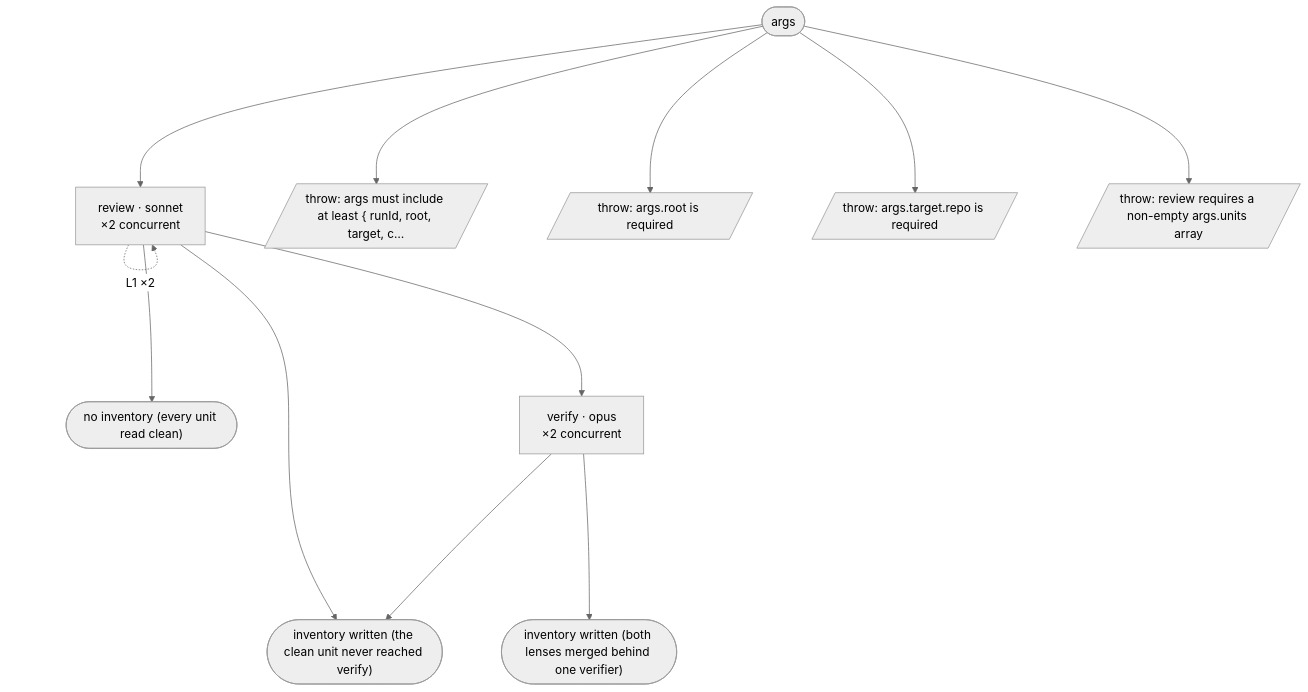
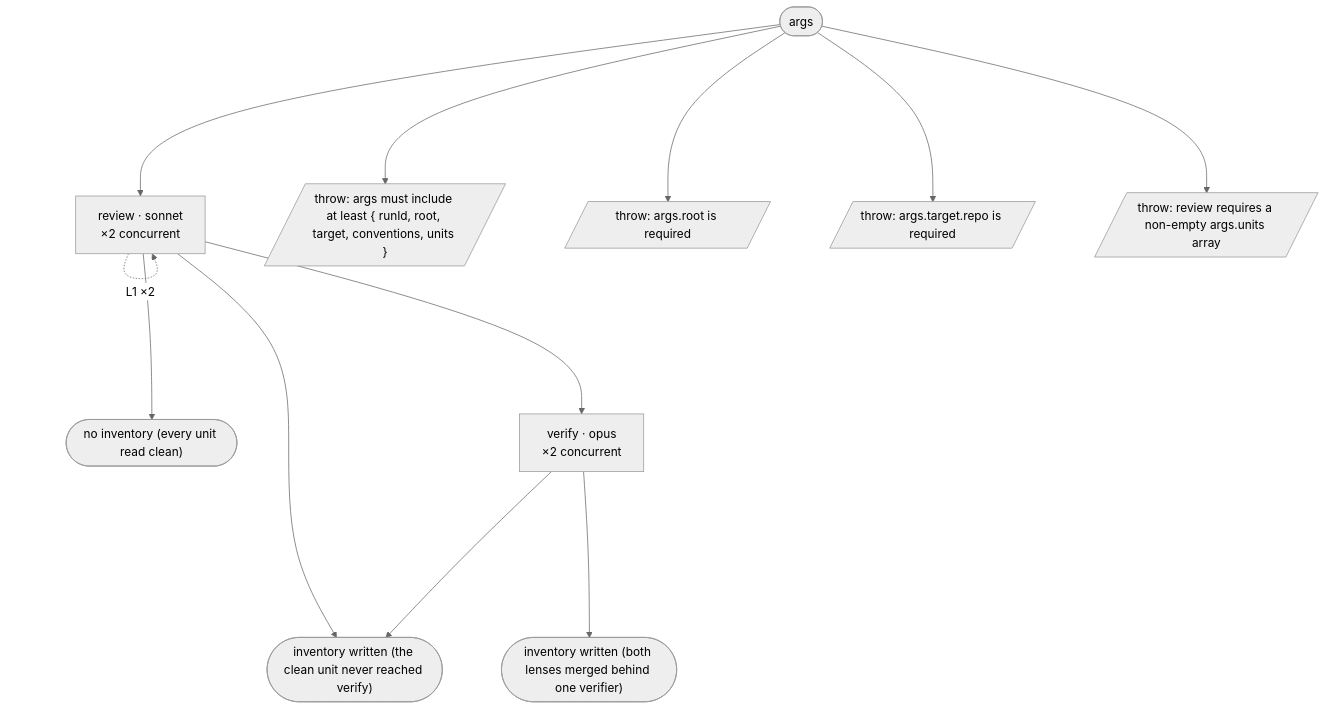
The diagram in workflows/debug/FLOW-review.md (Blakeem/aipromptguide-workflows), drawn with Mermaid (neutral theme) before and after one commit. The commit also changed other lines of this file and 11 other files, not shown here.

Commit message:
cleaned up flow files for display on website

````diff
--- a/workflows/debug/FLOW-review.md
+++ b/workflows/debug/FLOW-review.md
@@ -8,25 +8,25 @@
 ```mermaid
 %%{init: {"flowchart": {"nodeSpacing": 80, "rankSpacing": 200}}}%%
 flowchart TD
   S0(["args"])
   a1["review · sonnet<br/>×2 concurrent"]
   a2["verify · opus<br/>×2 concurrent"]
   t1(["inventory written (the clean unit never reached verify)"])
   t2(["no inventory (every unit read clean)"])
   t3(["inventory written (both lenses merged behind one verifier)"])
-  x1[/"throw: args must include at least { runId, root, target, c…"/]
+  x1[/"throw: args must include at least { runId, root, target, conventions, units }"/]
   x2[/"throw: args.root is required"/]
   x3[/"throw: args.target.repo is required"/]
   x4[/"throw: review requires a non-empty args.units array"/]
   S0 --> a1
   S0 --> x1
   S0 --> x2
   S0 --> x3
   S0 --> x4
   a1 -.->|"L1 ×2"| a1
   a1 --> a2
   a1 --> t1
   a1 --> t2
   a2 --> t1
   a2 --> t3
 ```
````
